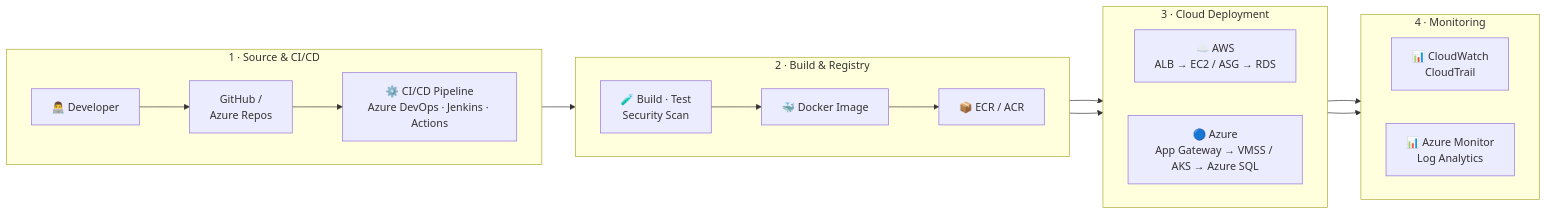
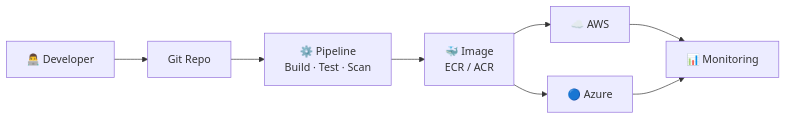
The first of 2 diagrams in README.md (engrmalakkashif/engrmalakkashif), drawn with Mermaid before and after one commit. The commit also changed other lines of this file, not shown here.

````diff
--- a/README.md
+++ b/README.md
@@ -212,30 +162,10 @@
 ```mermaid
 flowchart LR
-    subgraph S1["1 · Source & CI/CD"]
-        direction LR
-        A["👨‍💻 Developer"] --> B["GitHub /<br/>Azure Repos"] --> C["⚙️ CI/CD Pipeline<br/>Azure DevOps · Jenkins · Actions"]
-    end
-
-    subgraph S2["2 · Build & Registry"]
-        direction LR
-        D["🧪 Build · Test<br/>Security Scan"] --> E["🐳 Docker Image"] --> F["📦 ECR / ACR"]
-    end
-
-    subgraph S3["3 · Cloud Deployment"]
-        direction LR
-        G["☁️ AWS<br/>ALB → EC2 / ASG → RDS"]
-        H["🔵 Azure<br/>App Gateway → VMSS / AKS → Azure SQL"]
-    end
-
-    subgraph S4["4 · Monitoring"]
-        direction LR
-        I["📊 CloudWatch<br/>CloudTrail"]
-        J["📊 Azure Monitor<br/>Log Analytics"]
-    end
-
-    C --> D
+    A["👨‍💻 Developer"] --> B["Git Repo"]
+    B --> C["⚙️ Pipeline<br/>Build · Test · Scan"]
+    C --> D["🐳 Image<br/>ECR / ACR"]
+    D --> E["☁️ AWS"]
+    D --> F["🔵 Azure"]
+    E --> G["📊 Monitoring"]
     F --> G
-    F --> H
-    G --> I
-    H --> J
 ```
````
